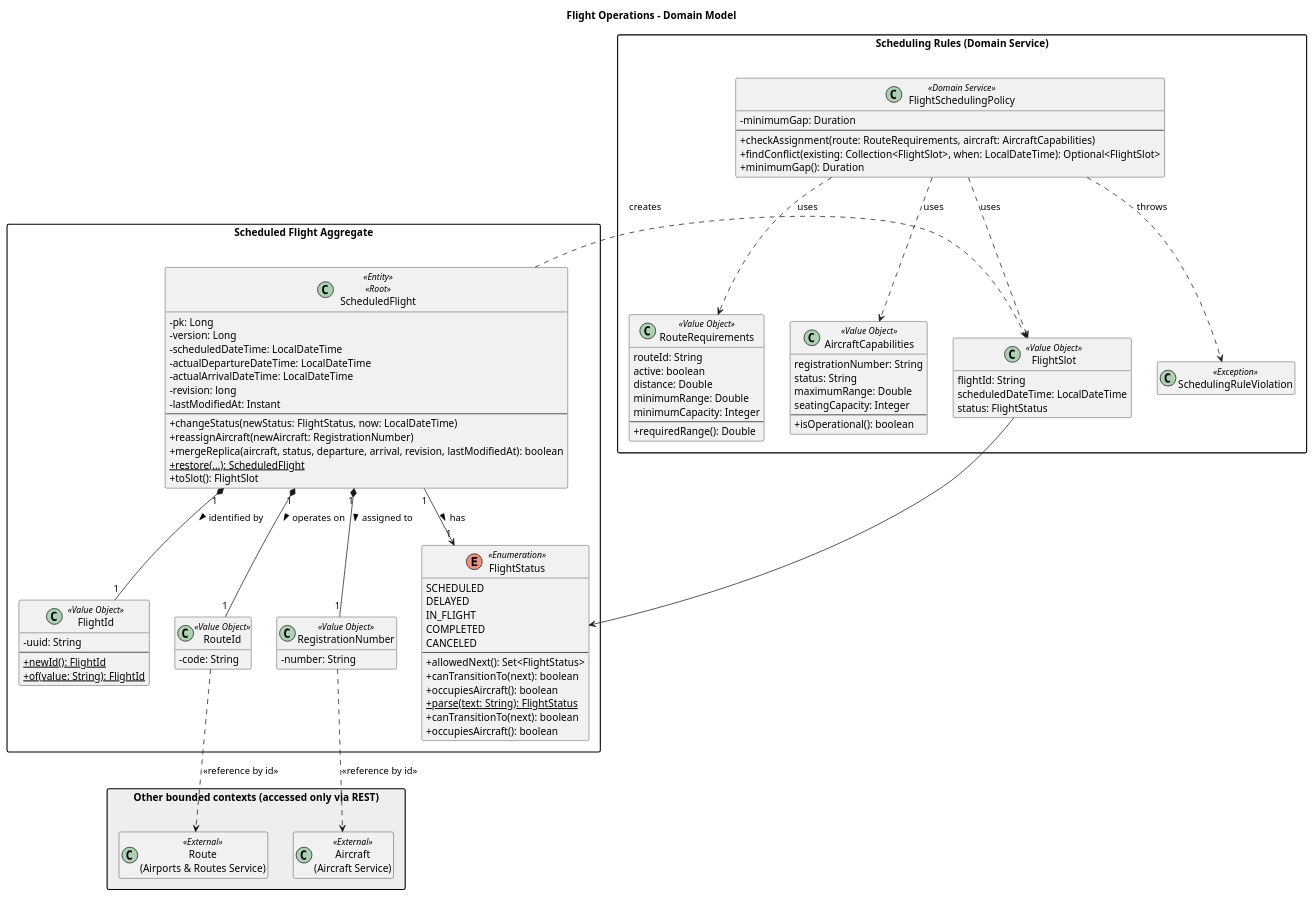
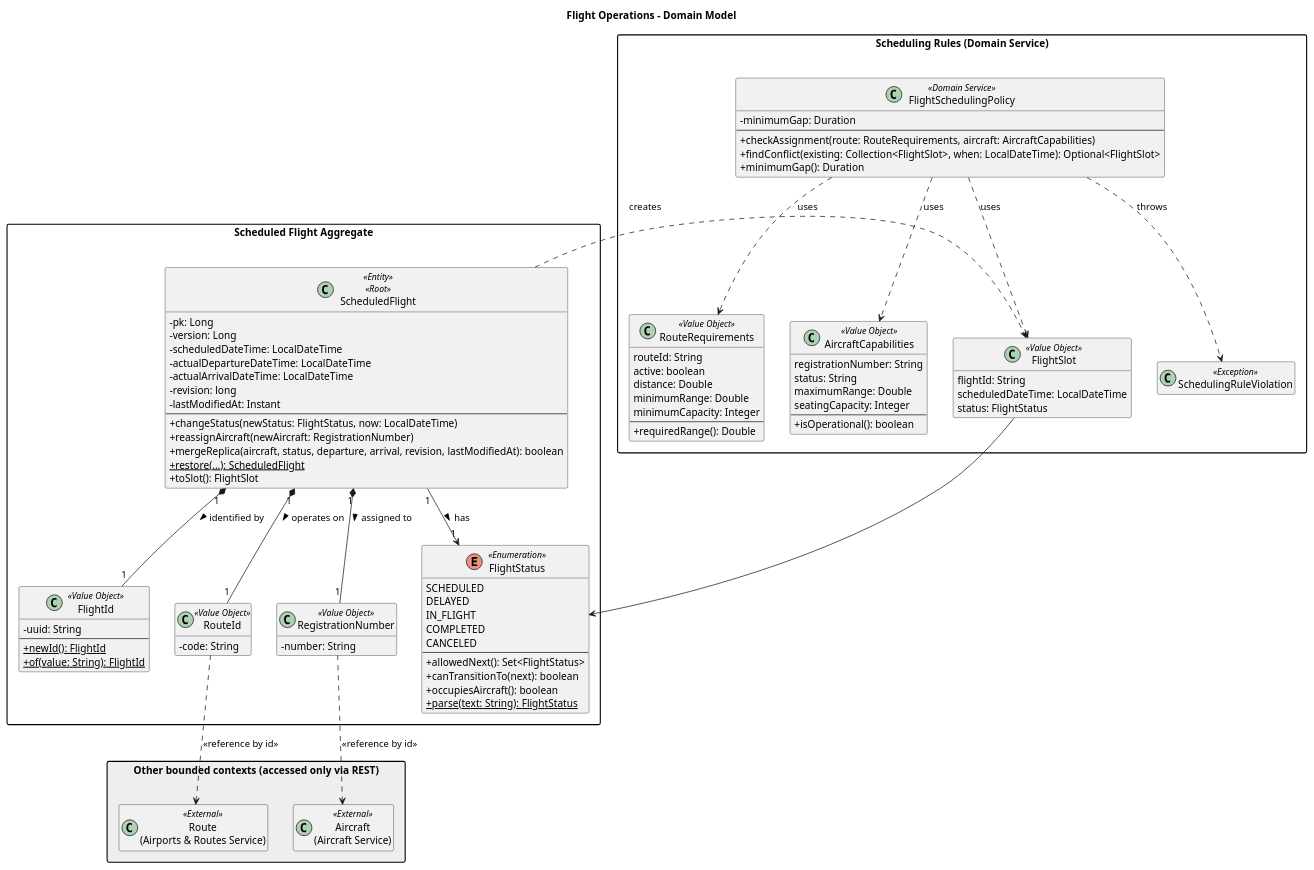
One commit to anamartasilvaa/SIDIG_AI_Safe changed the diagram in Services/Flighting Operations/docs/class-diagram-flight-operations.puml. Above: the diagram before and after it, drawn with PlantUML. The commit also changed 6 other files, not shown here.

Commit message:
Novos diagramas do projeto + atualizados

```diff
--- a/Services/Flighting Operations/docs/class-diagram-flight-operations.puml
+++ b/Services/Flighting Operations/docs/class-diagram-flight-operations.puml
@@ -1,107 +1,105 @@
 @startuml class-diagram-flight-operations
 skinparam classAttributeIconSize 0
 skinparam packageStyle rectangle
 skinparam shadowing false
 hide empty members
 title Flight Operations - Domain Model
 
 package "Scheduled Flight Aggregate" {
     class ScheduledFlight <<Entity>> <<Root>> {
         - pk: Long
         - version: Long
         - scheduledDateTime: LocalDateTime
         - actualDepartureDateTime: LocalDateTime
         - actualArrivalDateTime: LocalDateTime
         - revision: long
         - lastModifiedAt: Instant
         --
         + changeStatus(newStatus: FlightStatus, now: LocalDateTime)
         + reassignAircraft(newAircraft: RegistrationNumber)
         + mergeReplica(aircraft, status, departure, arrival, revision, lastModifiedAt): boolean
         + {static} restore(...): ScheduledFlight
         + toSlot(): FlightSlot
     }
     class FlightId <<Value Object>> {
         - uuid: String
         --
         + {static} newId(): FlightId
         + {static} of(value: String): FlightId
     }
     class RouteId <<Value Object>> {
         - code: String
     }
     class RegistrationNumber <<Value Object>> {
         - number: String
     }
     enum FlightStatus <<Enumeration>> {
         SCHEDULED
         DELAYED
         IN_FLIGHT
         COMPLETED
         CANCELED
         --
         + allowedNext(): Set<FlightStatus>
         + canTransitionTo(next): boolean
         + occupiesAircraft(): boolean
         + {static} parse(text: String): FlightStatus
-        + canTransitionTo(next): boolean
-        + occupiesAircraft(): boolean
     }
 
     ScheduledFlight "1" *-- "1" FlightId : identified by >
     ScheduledFlight "1" *-- "1" RouteId : operates on >
     ScheduledFlight "1" *-- "1" RegistrationNumber : assigned to >
     ScheduledFlight "1" --> "1" FlightStatus : has >
 
 
 }
 
 package "Scheduling Rules (Domain Service)" {
     class FlightSchedulingPolicy <<Domain Service>> {
         - minimumGap: Duration
         --
         + checkAssignment(route: RouteRequirements, aircraft: AircraftCapabilities)
         + findConflict(existing: Collection<FlightSlot>, when: LocalDateTime): Optional<FlightSlot>
         + minimumGap(): Duration
     }
     class RouteRequirements <<Value Object>> {
         routeId: String
         active: boolean
         distance: Double
         minimumRange: Double
         minimumCapacity: Integer
         --
         + requiredRange(): Double
     }
     class AircraftCapabilities <<Value Object>> {
         registrationNumber: String
         status: String
         maximumRange: Double
         seatingCapacity: Integer
         --
         + isOperational(): boolean
     }
     class FlightSlot <<Value Object>> {
         flightId: String
         scheduledDateTime: LocalDateTime
         status: FlightStatus
     }
     class SchedulingRuleViolation <<Exception>>
 
     FlightSchedulingPolicy ..> RouteRequirements : uses
     FlightSchedulingPolicy ..> AircraftCapabilities : uses
     FlightSchedulingPolicy ..> FlightSlot : uses
     FlightSchedulingPolicy ..> SchedulingRuleViolation : throws
 }
 
 package "Other bounded contexts (accessed only via REST)" #EEEEEE {
     class "Route\n(Airports & Routes Service)" as ExtRoute <<External>>
     class "Aircraft\n(Aircraft Service)" as ExtAircraft <<External>>
 }
 
 RouteId ..> ExtRoute : <<reference by id>>
 RegistrationNumber ..> ExtAircraft : <<reference by id>>
 ScheduledFlight ..> FlightSlot : creates
 FlightSlot --> FlightStatus
 
 @enduml
```
